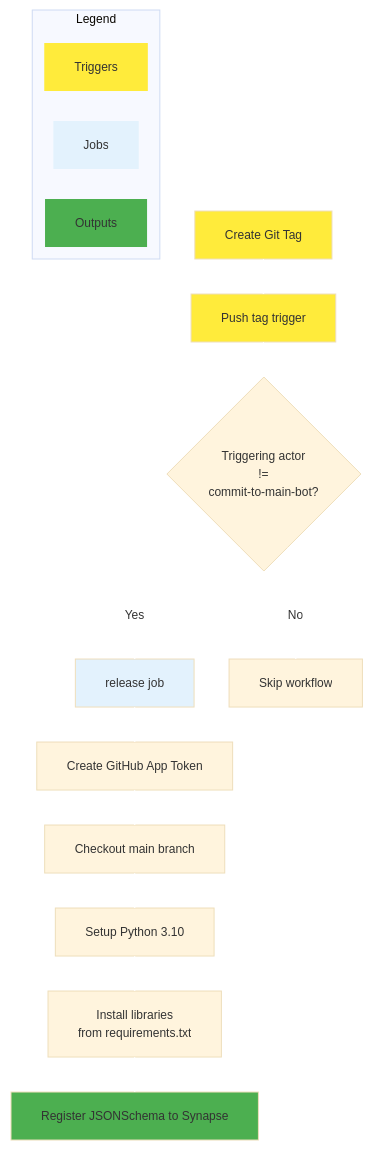
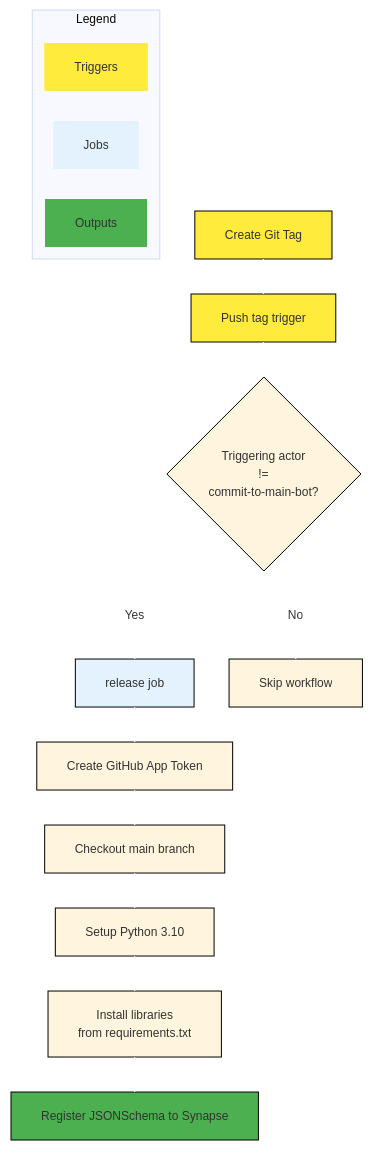
Before and after one commit to adknowledgeportal/data-models: the second of 2 diagrams in .github/workflows/README.md, drawn with Mermaid. The commit also changed other lines of this file, not shown here.

````diff
--- a/.github/workflows/README.md
+++ b/.github/workflows/README.md
@@ -134,30 +145,30 @@
 ```mermaid
-%%{init: {"flowchart": {"defaultRenderer": "elk"}, "theme": "base", "themeVariables": {"fontSize": "12px", "lineColor": "#ffffff", "edgeLabelBackground": "#ffffff"}}}%%
+%%{init: {"flowchart": {"defaultRenderer": "elk"}, "theme": "base", "themeVariables": {"fontSize": "12px", "lineColor": "#ffffff", "edgeLabelBackground": "#ffffff", "edgeStrokeWidth": "2px", "primaryBorderColor": "#000000"}}}%%
     flowchart TD
     A[Create Git Tag] --> B[Push tag trigger]
     
     B --> C{Triggering actor<br>!=<br>commit-to-main-bot?}
     C -->|Yes| D[release job]
     C -->|No| Z[Skip workflow]
     
     D --> D1[Create GitHub App Token]
     D1 --> D2[Checkout main branch]
     D2 --> D3[Setup Python 3.10]
     D3 --> D4[Install libraries<br>from requirements.txt]
     D4 --> D5[Register JSONSchema to Synapse]
     subgraph Legend
         direction TB
         triggers[Triggers]
         jobs[Jobs]
         outputs[Outputs]
         triggers ~~~ jobs ~~~ outputs
         style triggers fill:#ffeb3b,stroke-width:0px
         style jobs fill:#e3f2fd,stroke-width:0px
         style outputs fill:#4caf50,stroke-width:0px
     end
     
     style A fill:#ffeb3b
     style B fill:#ffeb3b
     style D fill:#e3f2fd
     style D5 fill:#4caf50
 ```
````
